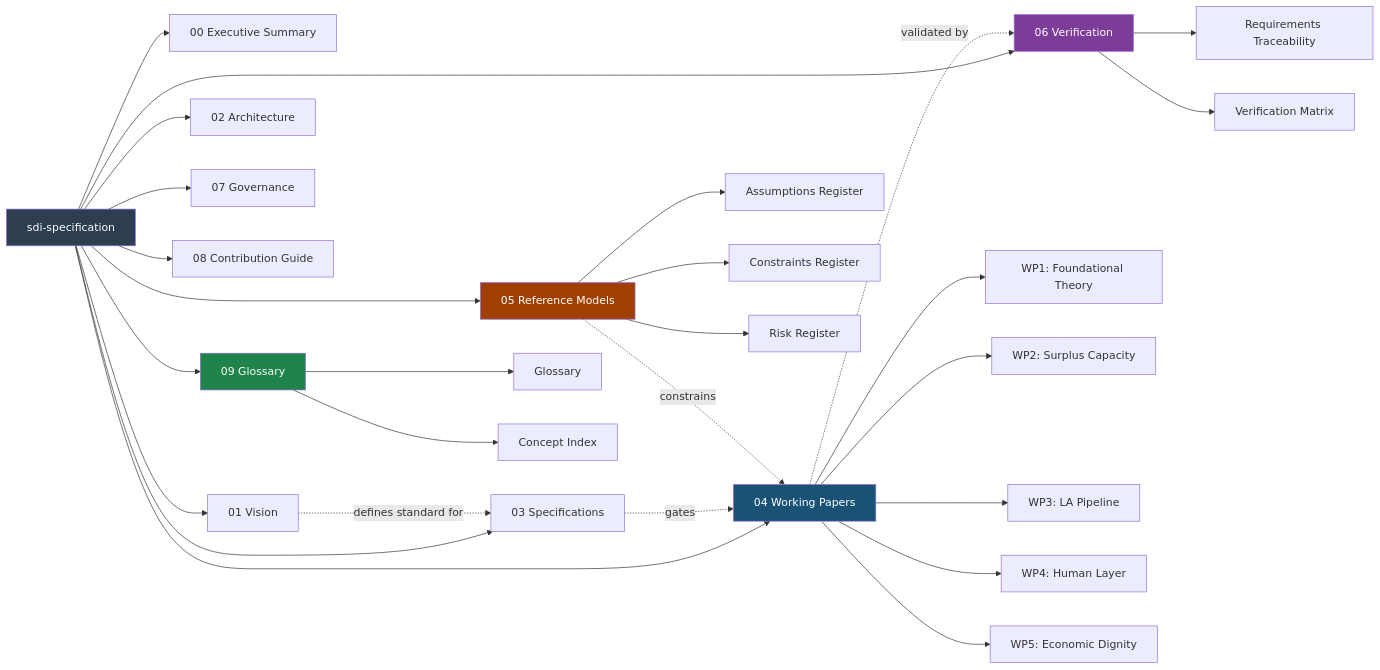
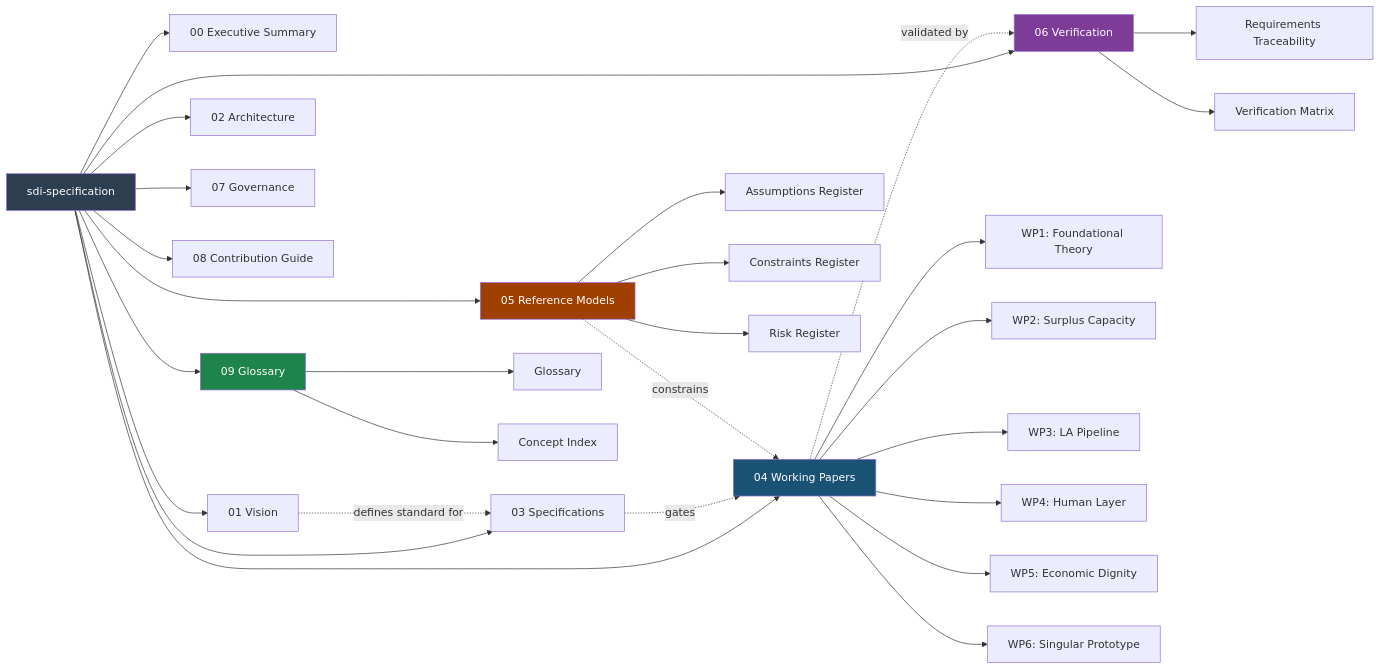
The second of 2 diagrams in 02_architecture/ARCHITECTURE_DIAGRAMS.md (Systemic-Dignity-Infrastructure/sdi-specification), drawn with Mermaid before and after one commit. The commit also changed 1 other file, not shown here.

Commit message:
Semantic reconciliation: Update Executive Summary and Architecture to include WP6

````diff
--- a/02_architecture/ARCHITECTURE_DIAGRAMS.md
+++ b/02_architecture/ARCHITECTURE_DIAGRAMS.md
@@ -34,40 +34,41 @@
 ```mermaid
 flowchart LR
     ROOT["sdi-specification"] --> ES["00 Executive Summary"]
     ROOT --> VIS["01 Vision"]
     ROOT --> ARCH["02 Architecture"]
     ROOT --> SPEC["03 Specifications"]
     ROOT --> WP["04 Working Papers"]
     ROOT --> REF["05 Reference Models"]
     ROOT --> VER["06 Verification"]
     ROOT --> GOV["07 Governance"]
     ROOT --> CONT["08 Contribution Guide"]
     ROOT --> GLOS["09 Glossary"]
 
     WP --> WP1["WP1: Foundational Theory"]
     WP --> WP2["WP2: Surplus Capacity"]
     WP --> WP3["WP3: LA Pipeline"]
     WP --> WP4["WP4: Human Layer"]
     WP --> WP5["WP5: Economic Dignity"]
+    WP --> WP6["WP6: Singular Prototype"]
 
     REF --> ASM["Assumptions Register"]
     REF --> CST["Constraints Register"]
     REF --> RSK["Risk Register"]
 
     VER --> RTM["Requirements Traceability"]
     VER --> VMX["Verification Matrix"]
 
     GLOS --> GLO["Glossary"]
     GLOS --> CIX["Concept Index"]
 
     VIS -.->|"defines standard for"| SPEC
     SPEC -.->|"gates"| WP
     WP -.->|"validated by"| VER
     REF -.->|"constrains"| WP
 
     style ROOT fill:#2C3E50,color:#fff
     style WP fill:#1a5276,color:#fff
     style VER fill:#7D3C98,color:#fff
     style REF fill:#A04000,color:#fff
     style GLOS fill:#1E8449,color:#fff
 ```
````
